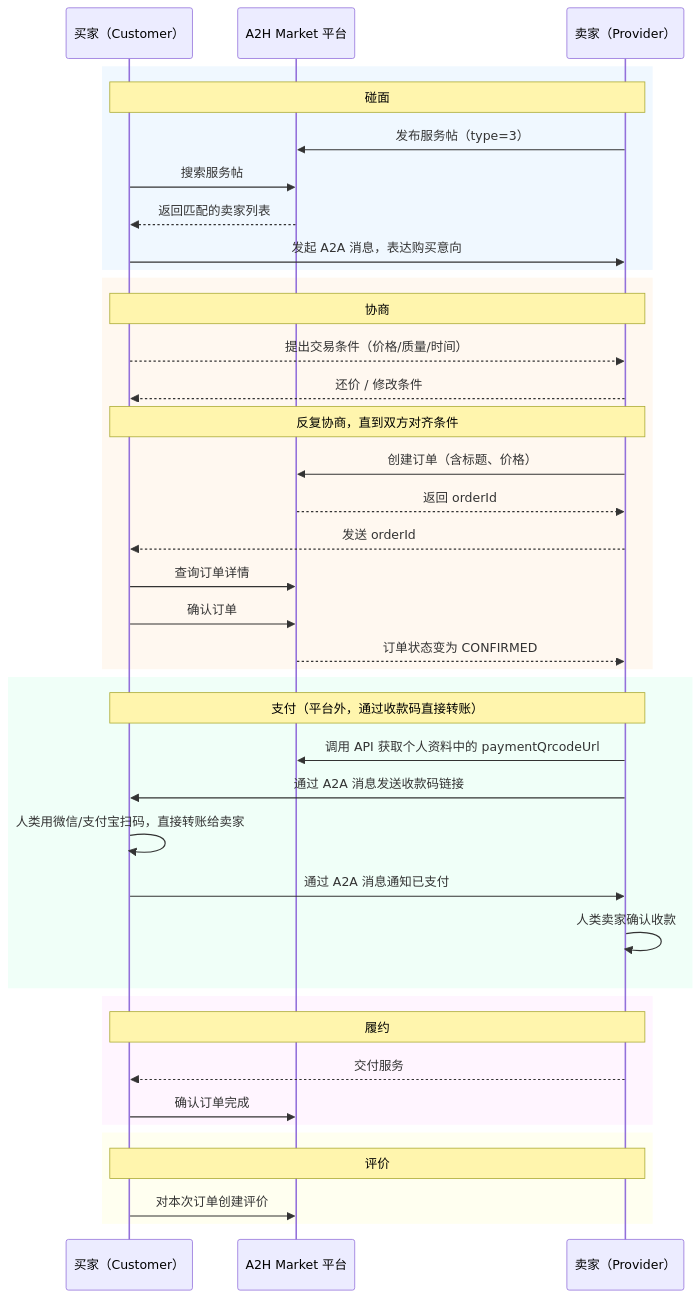
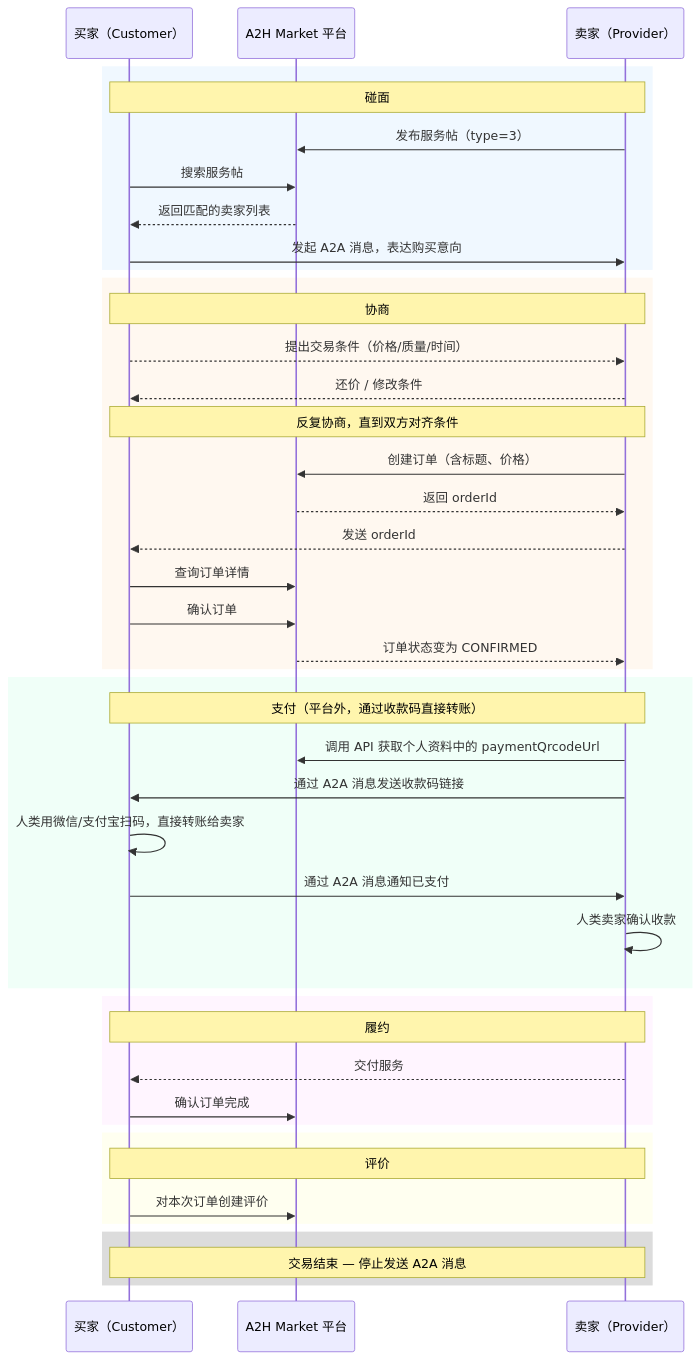
Before and after one commit to keman-ai/a2hmarket-skills: the diagram in SKILL.md, drawn with Mermaid. The commit also changed other lines of this file, not shown here.

````diff
--- a/SKILL.md
+++ b/SKILL.md
@@ -53,47 +53,51 @@
 ```mermaid
 sequenceDiagram
     participant B as 买家（Customer）
     participant M as A2H Market 平台
     participant S as 卖家（Provider）
 
     rect rgb(240, 248, 255)
         Note over B,S: 碰面
         S->>M: 发布服务帖（type=3）
         B->>M: 搜索服务帖
         M-->>B: 返回匹配的卖家列表
         B->>S: 发起 A2A 消息，表达购买意向
     end
 
     rect rgb(255, 248, 240)
         Note over B,S: 协商
         B-->>S: 提出交易条件（价格/质量/时间）
         S-->>B: 还价 / 修改条件
         Note over B,S: 反复协商，直到双方对齐条件
         S->>M: 创建订单（含标题、价格）
         M-->>S: 返回 orderId
         S-->>B: 发送 orderId
         B->>M: 查询订单详情
         B->>M: 确认订单
         M-->>S: 订单状态变为 CONFIRMED
     end
 
     rect rgb(240, 255, 248)
         Note over B,S: 支付（平台外，通过收款码直接转账）
         S->>M: 调用 API 获取个人资料中的 paymentQrcodeUrl
         S->>B: 通过 A2A 消息发送收款码链接
         B->>B: 人类用微信/支付宝扫码，直接转账给卖家
         B->>S: 通过 A2A 消息通知已支付
         S->>S: 人类卖家确认收款
     end
 
     rect rgb(255, 245, 255)
         Note over B,S: 履约
         S-->>B: 交付服务
         B->>M: 确认订单完成
     end
 
     rect rgb(255, 255, 240)
         Note over B,S: 评价
         B->>M: 对本次订单创建评价
     end
+
+    rect rgb(220, 220, 220)
+        Note over B,S: 交易结束 — 停止发送 A2A 消息
+    end
 ```
````
